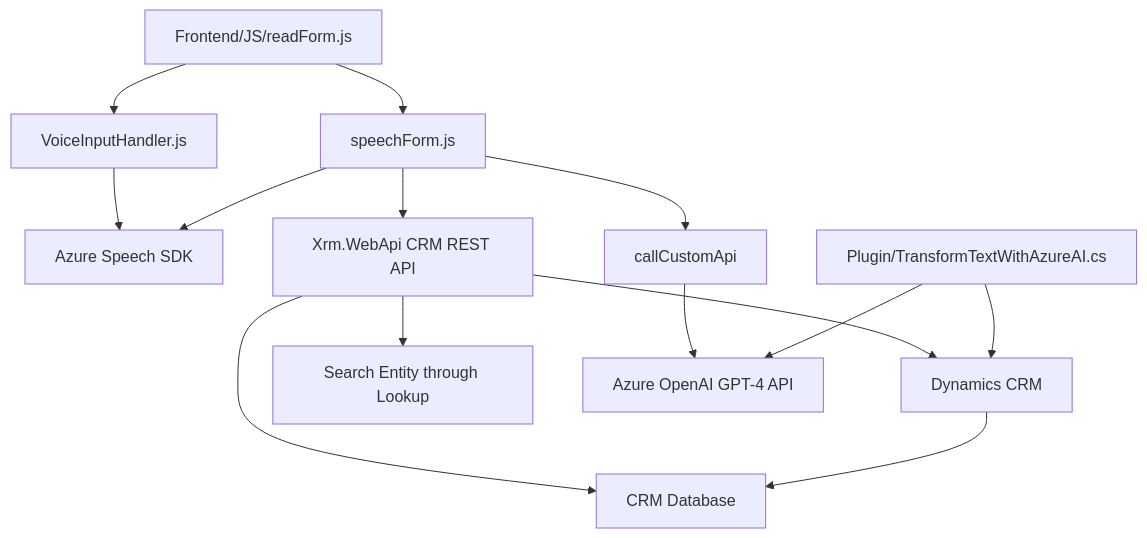
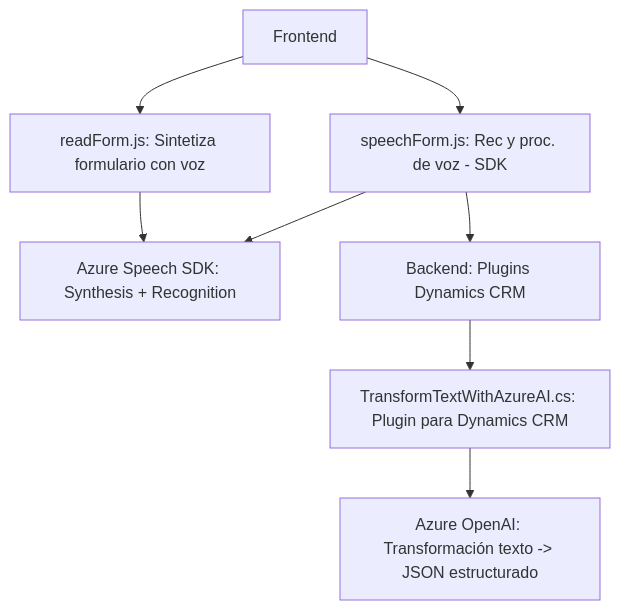
One commit to blopezdm/NETCORE_BILBAO2025 changed the diagram in README.md. Above: the diagram before and after it, drawn with Mermaid. The commit also changed other lines of this file, not shown here.

Commit message:
Actualizar análisis global de la solución con IA

````diff
--- a/README.md
+++ b/README.md
@@ -34,16 +52,20 @@
 ```mermaid
 graph TD
-    A["Frontend/JS/readForm.js"] --> B["VoiceInputHandler.js"]
-    A["Frontend/JS/readForm.js"] --> C["speechForm.js"]
-    B["VoiceInputHandler.js"] --> D["Azure Speech SDK GET"]
-    C["speechForm.js"] --> D["Azure Speech SDK"]
-    C["speechForm.js"] --> F["Xrm.WebApi CRM REST API"]
-    F["Xrm.WebApi CRM REST API"] --> G["Dynamics CRM"]
-    F["Xrm.WebApi CRM REST API"] --> M["CRM Database"]
-    G["Dynamics CRM"] --> M["CRM Database"]
-    F["Xrm.WebApi CRM REST API"] --> J["Search Entity through Lookup"]
-    C["speechForm.js"] --> N["callCustomApi"]
-    N["callCustomApi"] --> O["Azure OpenAI GPT-4 API"]
-    P["Plugin/TransformTextWithAzureAI.cs"] --> G["Dynamics CRM"]
-    P["Plugin/TransformTextWithAzureAI.cs"] --> O["Azure OpenAI GPT-4 API"]
+    A1["Frontend"]
+    A2["Backend: Plugins Dynamics CRM"]
+
+    B1["readForm.js: Sintetiza formulario con voz"]
+    B2["speechForm.js: Rec y proc. de voz - SDK"]
+    B3["Azure Speech SDK: Synthesis + Recognition"]
+    C1["TransformTextWithAzureAI.cs: Plugin para Dynamics CRM"]
+    C2["Azure OpenAI: Transformación texto -> JSON estructurado"]
+
+    A1 --> B1
+    A1 --> B2
+    B1 --> B3
+    B2 --> B3
+    B2 --> A2
+
+    A2 --> C1 
+    C1 --> C2
 ```
````
